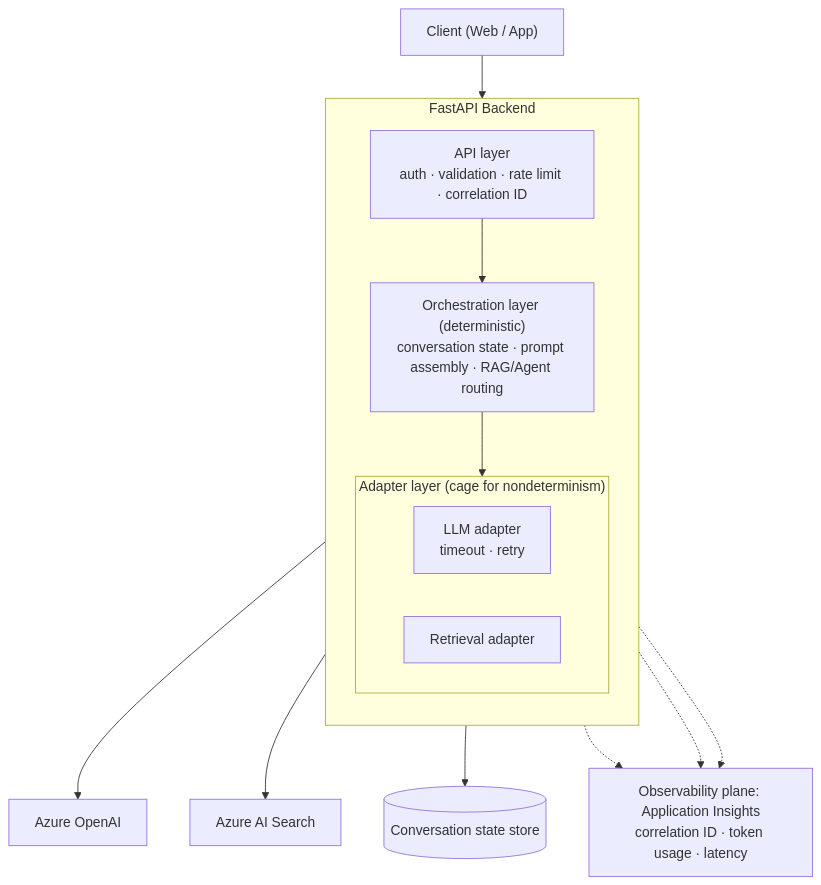
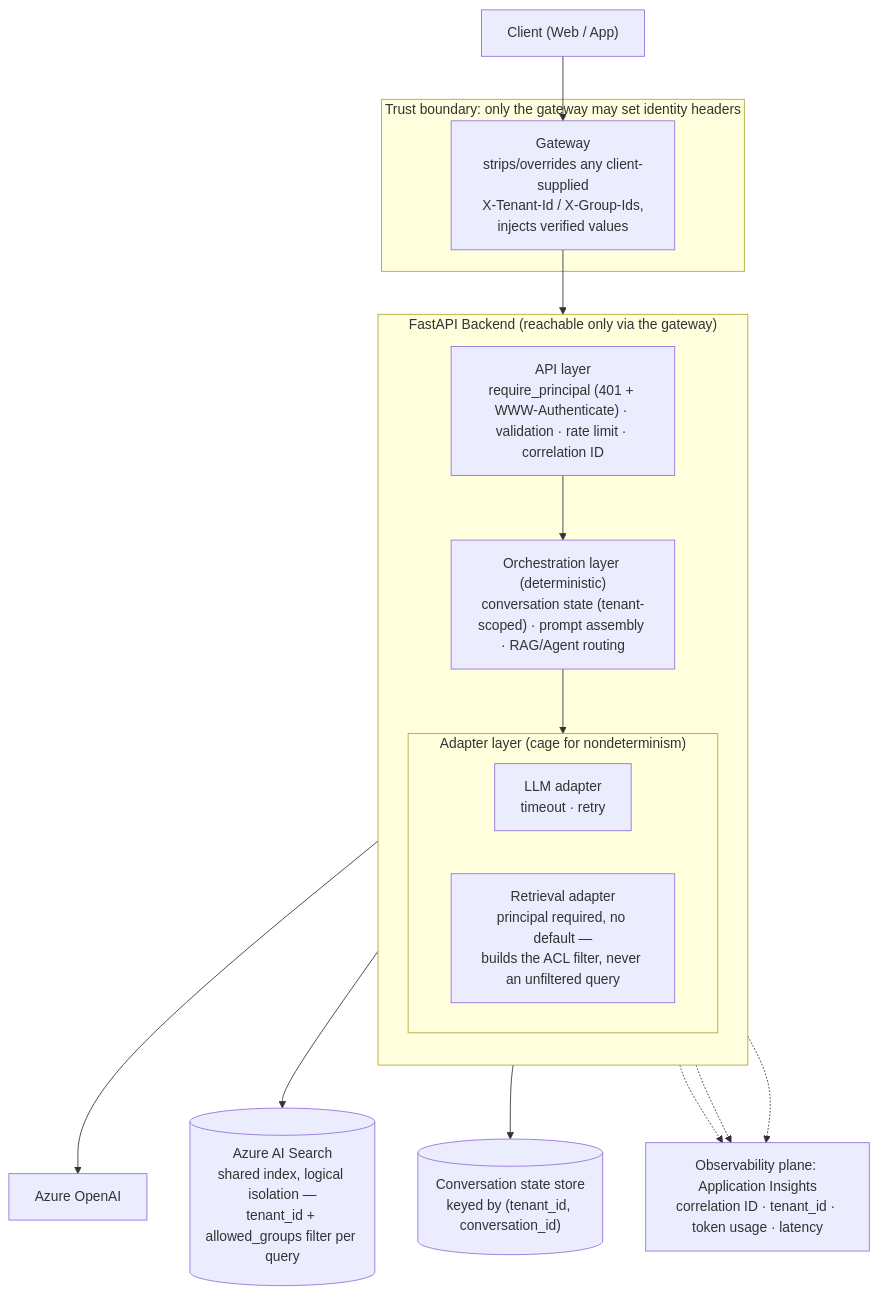
One commit to kehao-playground/azure-genai-backend-lab changed the diagram in docs/diagrams/reference-architecture.md. Above: the diagram before and after it, drawn with Mermaid. The commit also changed other lines of this file and 7 other files, not shown here.

Commit message:
docs: multi-tenancy contracts, trust boundary, and diagram refresh

````diff
--- a/docs/diagrams/reference-architecture.md
+++ b/docs/diagrams/reference-architecture.md
@@ -5,26 +5,30 @@
 ```mermaid
 flowchart TB
     Client["Client (Web / App)"]
 
-    subgraph Backend["FastAPI Backend"]
+    subgraph TrustBoundary["Trust boundary: only the gateway may set identity headers"]
+        GW["Gateway<br/>strips/overrides any client-supplied<br/>X-Tenant-Id / X-Group-Ids,<br/>injects verified values"]
+    end
+
+    subgraph Backend["FastAPI Backend (reachable only via the gateway)"]
         direction TB
-        APIL["API layer<br/>auth · validation · rate limit · correlation ID"]
-        Orch["Orchestration layer (deterministic)<br/>conversation state · prompt assembly · RAG/Agent routing"]
+        APIL["API layer<br/>require_principal (401 + WWW-Authenticate) · validation · rate limit · correlation ID"]
+        Orch["Orchestration layer (deterministic)<br/>conversation state (tenant-scoped) · prompt assembly · RAG/Agent routing"]
         subgraph Adapters["Adapter layer (cage for nondeterminism)"]
             direction LR
             LLMA["LLM adapter<br/>timeout · retry"]
-            RetA["Retrieval adapter"]
+            RetA["Retrieval adapter<br/>principal required, no default —<br/>builds the ACL filter, never an unfiltered query"]
         end
         APIL --> Orch --> Adapters
     end
 
-    Client --> APIL
+    Client --> GW --> APIL
     LLMA --> AOAI["Azure OpenAI"]
-    RetA --> Search["Azure AI Search"]
-    Orch --> State[("Conversation state store")]
+    RetA --> Search[("Azure AI Search<br/>shared index, logical isolation —<br/>tenant_id + allowed_groups filter per query")]
+    Orch --> State[("Conversation state store<br/>keyed by (tenant_id, conversation_id)")]
 
-    Obs["Observability plane: Application Insights<br/>correlation ID · token usage · latency"]
+    Obs["Observability plane: Application Insights<br/>correlation ID · tenant_id · token usage · latency"]
     APIL -.-> Obs
     Orch -.-> Obs
     Adapters -.-> Obs
 ```
````
